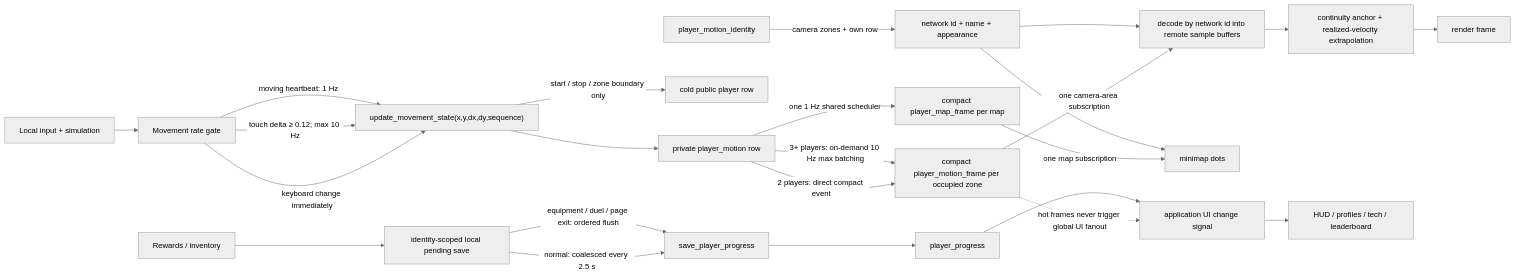
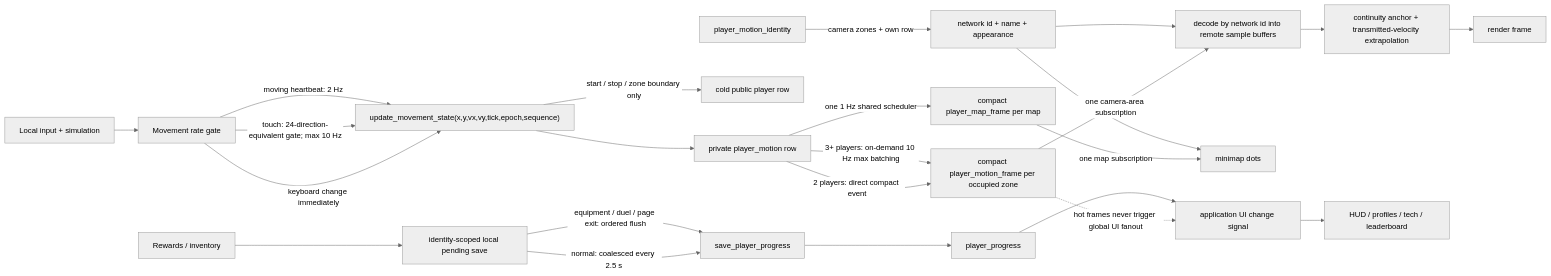
Before and after one commit to Tydoskus/wildwood: the first of 4 diagrams in docs/realtime-data-flow.md, drawn with Mermaid (neutral theme). The commit also changed other lines of this file and 28 other files, not shown here.

````diff
--- a/docs/realtime-data-flow.md
+++ b/docs/realtime-data-flow.md
@@ -7,30 +7,30 @@
 ```mermaid
 flowchart LR
   Input["Local input + simulation"] --> PositionGate["Movement rate gate"]
-  PositionGate -->|"keyboard change immediately"| PositionReducer["update_movement_state(x,y,dx,dy,sequence)"]
-  PositionGate -->|"touch delta ≥ 0.12; max 10 Hz"| PositionReducer
-  PositionGate -->|"moving heartbeat: 1 Hz"| PositionReducer
+  PositionGate -->|"keyboard change immediately"| PositionReducer["update_movement_state(x,y,vx,vy,tick,epoch,sequence)"]
+  PositionGate -->|"touch: 24-direction-equivalent gate; max 10 Hz"| PositionReducer
+  PositionGate -->|"moving heartbeat: 2 Hz"| PositionReducer
   PositionReducer --> PrivateMotion["private player_motion row"]
   PrivateMotion -->|"2 players: direct compact event"| ZoneBatch["compact player_motion_frame per occupied zone"]
   PrivateMotion -->|"3+ players: on-demand 10 Hz max batching"| ZoneBatch
   ZoneBatch -->|"one camera-area subscription"| MotionCache["decode by network id into remote sample buffers"]
-  MotionCache --> Interpolation["continuity anchor + realized-velocity extrapolation"]
+  MotionCache --> Interpolation["continuity anchor + transmitted-velocity extrapolation"]
   Interpolation --> Frame["render frame"]
 
   PositionReducer -->|"start / stop / zone boundary only"| PlayerRow["cold public player row"]
   PrivateMotion -->|"one 1 Hz shared scheduler"| MapBatch["compact player_map_frame per map"]
   MapBatch -->|"one map subscription"| Minimap["minimap dots"]
 
   Presence["player_motion_identity"] -->|"camera zones + own row"| IdentityCache["network id + name + appearance"]
   IdentityCache --> MotionCache
   IdentityCache --> Minimap
 
   Rewards["Rewards / inventory"] --> Pending["identity-scoped local pending save"]
   Pending -->|"normal: coalesced every 2.5 s"| ProgressReducer["save_player_progress"]
   Pending -->|"equipment / duel / page exit: ordered flush"| ProgressReducer
   ProgressReducer --> ProgressRow["player_progress"]
 
   ZoneBatch -. "hot frames never trigger global UI fanout" .-> UiSignal["application UI change signal"]
   ProgressRow --> UiSignal
   UiSignal --> Windows["HUD / profiles / tech / leaderboard"]
 ```
````
